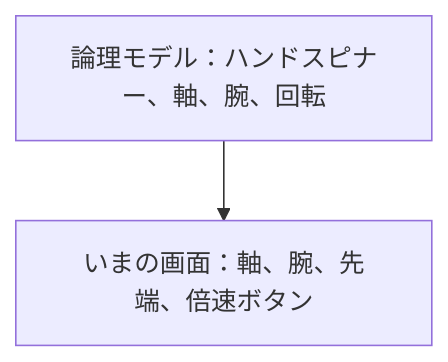
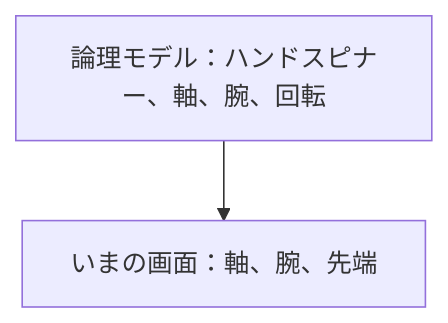
One commit to pfgnsb/hand-spinner changed the first of 3 diagrams in spinner/ドキュメント/ER図.md. Above: the diagram before and after it, drawn with Mermaid. The commit also changed other lines of this file and 10 other files, not shown here.

````diff
--- a/spinner/ドキュメント/ER図.md
+++ b/spinner/ドキュメント/ER図.md
@@ -29,4 +29,4 @@
 ```mermaid
 flowchart TD
-  domain[論理モデル：ハンドスピナー、軸、腕、回転] --> screen["いまの画面：軸、腕、先端、倍速ボタン"]
+  domain[論理モデル：ハンドスピナー、軸、腕、回転] --> screen["いまの画面：軸、腕、先端"]
 ```
````
